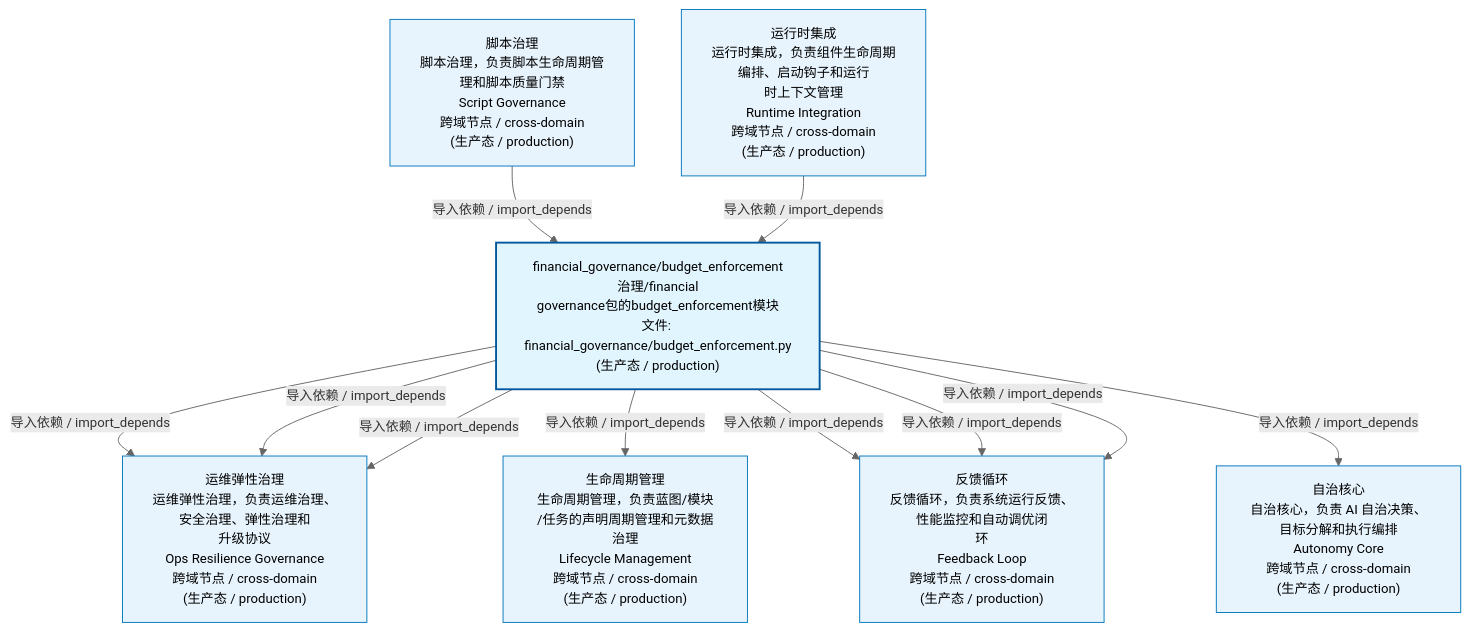
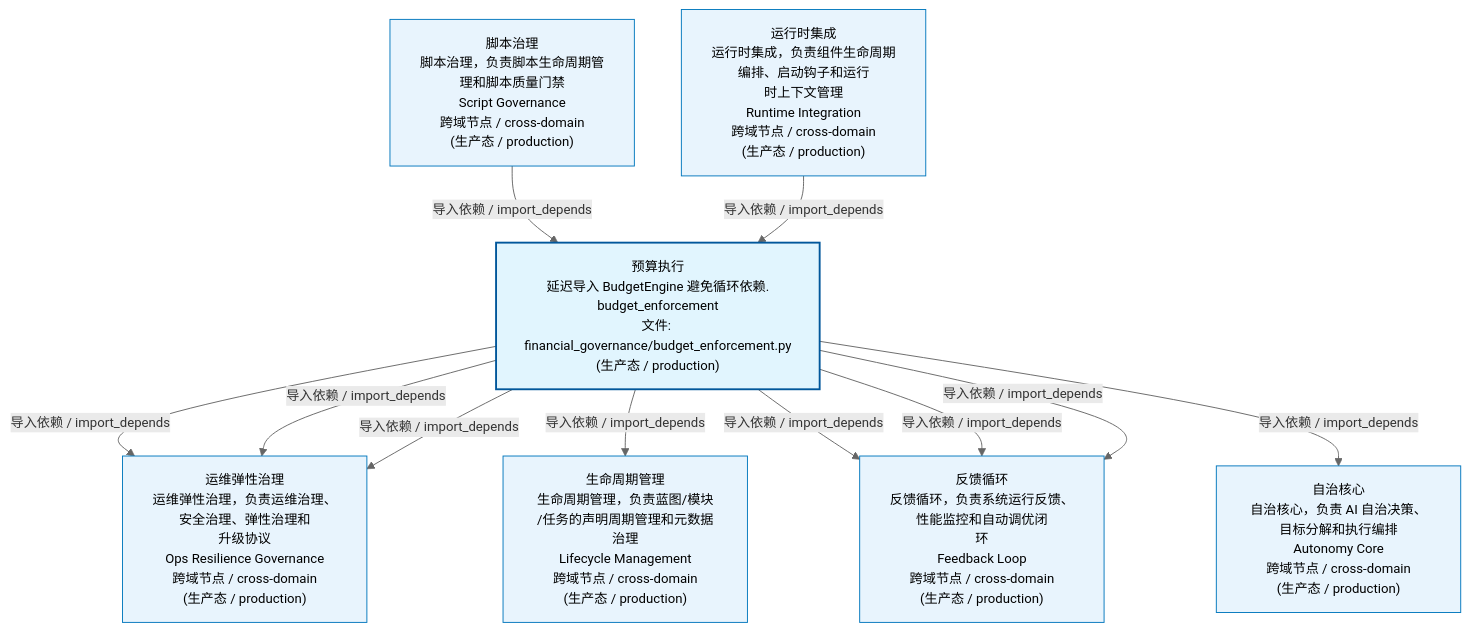
One commit to xuanFelixVan/ZephyrAlpha changed the first of 3 diagrams in docs/02_enterprise_architecture/02_domain_architecture_docs/54_d_gov_repair.md. Above: the diagram before and after it, drawn with Mermaid. The commit also changed other lines of this file and 54 other files, not shown here.

````diff
--- a/docs/02_enterprise_architecture/02_domain_architecture_docs/54_d_gov_repair.md
+++ b/docs/02_enterprise_architecture/02_domain_architecture_docs/54_d_gov_repair.md
@@ -53,27 +53,27 @@
 ```mermaid
 %%{init: {'theme': 'base', 'themeVariables': {'primaryColor': '#eaeaea', 'primaryTextColor': '#333333', 'primaryBorderColor': '#666666', 'lineColor': '#666666', 'secondaryColor': '#eaeaea', 'tertiaryColor': '#eaeaea', 'fontSize': '14px'}}}%%
 flowchart TD
-    src_zephyr_governance_financial_governance_budget_enforcement_py["financial_governance/budget_enforcement<br/>治理/financial<br/>governance包的budget_enforcement模块<br/>文件: financial_governance/budget_enforcement.py<br/>(生产态 / production)"]
+    src_zephyr_governance_financial_governance_budget_enforcement_py["预算执行<br/>延迟导入 BudgetEngine 避免循环依赖.<br/>budget_enforcement<br/>文件: financial_governance/budget_enforcement.py<br/>(生产态 / production)"]
     D_GOV_OPS_RESILIENCE["运维弹性治理<br/>运维弹性治理，负责运维治理、安全治理、弹性治理和<br/>升级协议<br/>Ops Resilience Governance<br/>跨域节点 / cross-domain<br/>(生产态 / production)"]
     src_zephyr_governance_financial_governance_budget_enforcement_py -->|导入依赖 / import_depends| D_GOV_OPS_RESILIENCE
     src_zephyr_governance_financial_governance_budget_enforcement_py -->|导入依赖 / import_depends| D_GOV_OPS_RESILIENCE
     D_GOVERNANCE["生命周期管理<br/>生命周期管理，负责蓝图/模块<br/>/任务的声明周期管理和元数据治理<br/>Lifecycle Management<br/>跨域节点 / cross-domain<br/>(生产态 / production)"]
     src_zephyr_governance_financial_governance_budget_enforcement_py -->|导入依赖 / import_depends| D_GOVERNANCE
     D_OPS["反馈循环<br/>反馈循环，负责系统运行反馈、性能监控和自动调优闭<br/>环<br/>Feedback Loop<br/>跨域节点 / cross-domain<br/>(生产态 / production)"]
     src_zephyr_governance_financial_governance_budget_enforcement_py -->|导入依赖 / import_depends| D_OPS
     D_AUTONOMY_CORE["自治核心<br/>自治核心，负责 AI 自治决策、目标分解和执行编排<br/>Autonomy Core<br/>跨域节点 / cross-domain<br/>(生产态 / production)"]
     src_zephyr_governance_financial_governance_budget_enforcement_py -->|导入依赖 / import_depends| D_AUTONOMY_CORE
     src_zephyr_governance_financial_governance_budget_enforcement_py -->|导入依赖 / import_depends| D_OPS
     src_zephyr_governance_financial_governance_budget_enforcement_py -->|导入依赖 / import_depends| D_GOV_OPS_RESILIENCE
     src_zephyr_governance_financial_governance_budget_enforcement_py -->|导入依赖 / import_depends| D_OPS
     D_GOV_SCRIPTS["脚本治理<br/>脚本治理，负责脚本生命周期管理和脚本质量门禁<br/>Script Governance<br/>跨域节点 / cross-domain<br/>(生产态 / production)"]
     D_GOV_SCRIPTS -->|导入依赖 / import_depends| src_zephyr_governance_financial_governance_budget_enforcement_py
     D_INFRA_RUNTIME["运行时集成<br/>运行时集成，负责组件生命周期编排、启动钩子和运行<br/>时上下文管理<br/>Runtime Integration<br/>跨域节点 / cross-domain<br/>(生产态 / production)"]
     D_INFRA_RUNTIME -->|导入依赖 / import_depends| src_zephyr_governance_financial_governance_budget_enforcement_py
     classDef production fill:#e1f5fe,stroke:#01579b,stroke-width:2px,color:#000
     classDef design fill:#fff3e0,stroke:#e65100,stroke-width:2px,color:#000,stroke-dasharray: 5 5
     classDef external_prod fill:#e8f4fd,stroke:#0277bd,stroke-width:1px,color:#000
     classDef external_design fill:#fff8e7,stroke:#ef6c00,stroke-width:1px,color:#000,stroke-dasharray: 5 5
     class src_zephyr_governance_financial_governance_budget_enforcement_py production
     class D_GOV_OPS_RESILIENCE,D_GOVERNANCE,D_OPS,D_AUTONOMY_CORE,D_GOV_SCRIPTS,D_INFRA_RUNTIME external_prod
 ```
````
